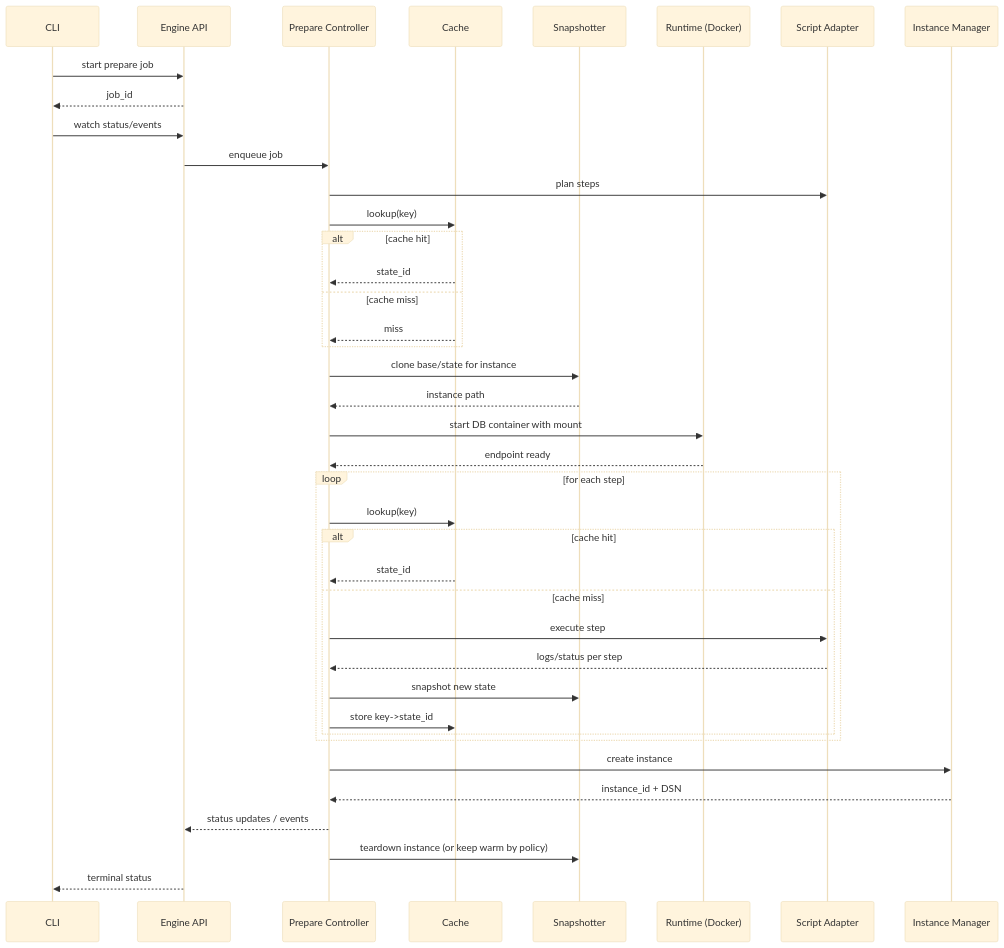
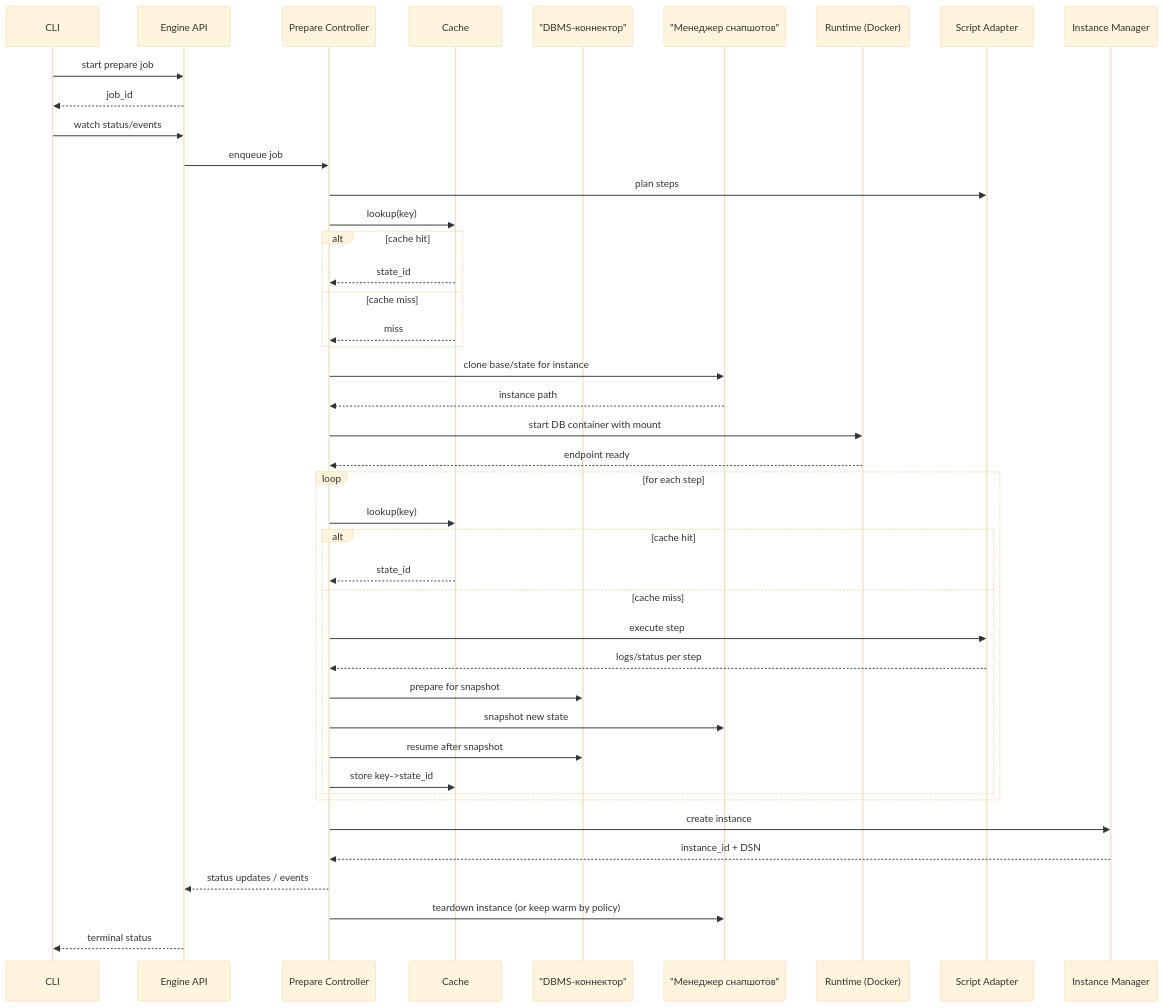
The second of 6 diagrams in docs/architecture/engine-internals.RU.md (kimak-irmagi/taidon), drawn with Mermaid (base theme) before and after one commit. The commit also changed other lines of this file and 6 other files, not shown here.

````diff
--- a/docs/architecture/engine-internals.RU.md
+++ b/docs/architecture/engine-internals.RU.md
@@ -131,43 +150,46 @@
 ```mermaid
 sequenceDiagram
   participant CLI as CLI
   participant API as Engine API
   participant CTRL as Prepare Controller
   participant CACHE as Cache
-  participant SNAP as Snapshotter
+  participant DBMS as "DBMS-коннектор"
+  participant SNAP as "Менеджер снапшотов"
   participant RT as Runtime (Docker)
   participant ADAPTER as Script Adapter
   participant INST as Instance Manager
 
   CLI->>API: start prepare job
   API-->>CLI: job_id
   CLI->>API: watch status/events
   API->>CTRL: enqueue job
   CTRL->>ADAPTER: plan steps
   CTRL->>CACHE: lookup(key)
   alt cache hit
     CACHE-->>CTRL: state_id
   else cache miss
     CACHE-->>CTRL: miss
   end
   CTRL->>SNAP: clone base/state for instance
   SNAP-->>CTRL: instance path
   CTRL->>RT: start DB container with mount
   RT-->>CTRL: endpoint ready
   loop for each step
     CTRL->>CACHE: lookup(key)
     alt cache hit
       CACHE-->>CTRL: state_id
     else cache miss
       CTRL->>ADAPTER: execute step
       ADAPTER-->>CTRL: logs/status per step
+      CTRL->>DBMS: prepare for snapshot
       CTRL->>SNAP: snapshot new state
+      CTRL->>DBMS: resume after snapshot
       CTRL->>CACHE: store key->state_id
     end
   end
   CTRL->>INST: create instance
   INST-->>CTRL: instance_id + DSN
   CTRL-->>API: status updates / events
   CTRL->>SNAP: teardown instance (or keep warm by policy)
   API-->>CLI: terminal status
 ```
````
